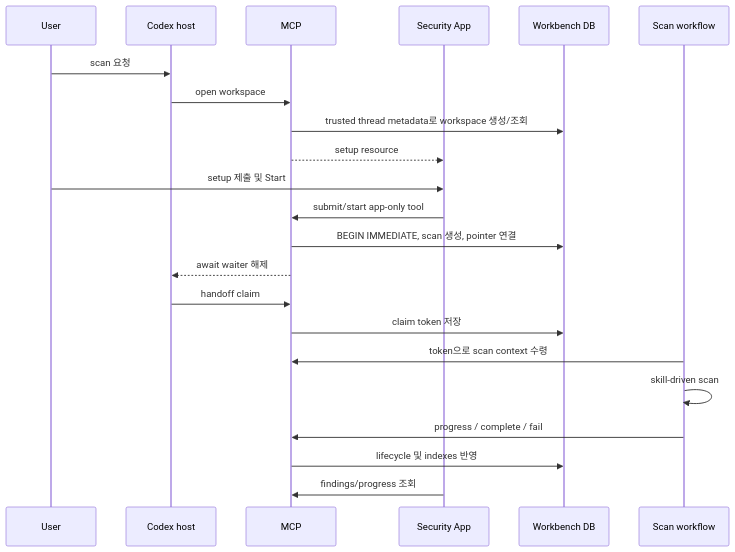
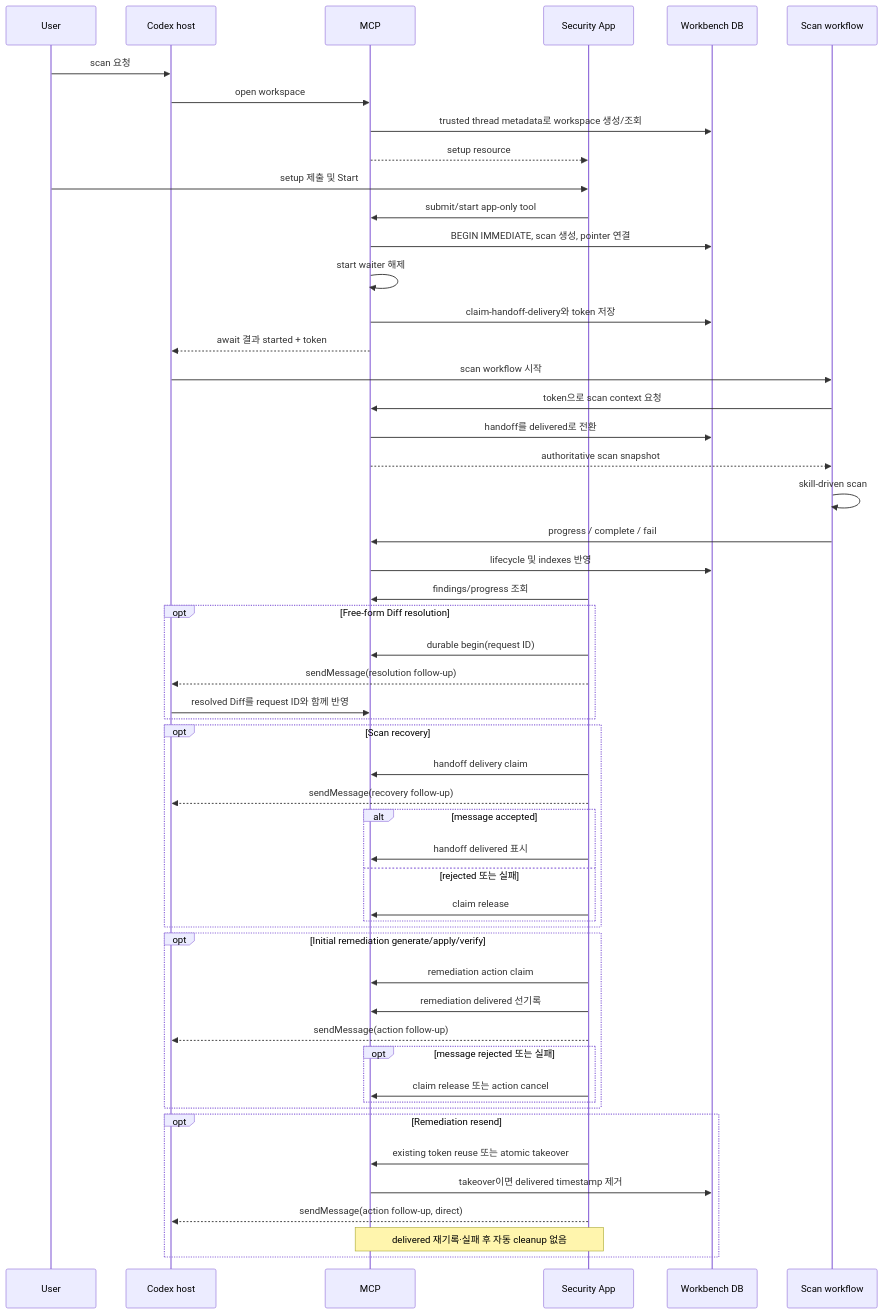
The fourth of 6 diagrams in docs/codex-security-plugin-0.1.11-architecture.md (shblue21/kiro-security), drawn with Mermaid before and after one commit. The commit also changed other lines of this file, not shown here.

````diff
--- a/docs/codex-security-plugin-0.1.11-architecture.md
+++ b/docs/codex-security-plugin-0.1.11-architecture.md
@@ -244,25 +294,56 @@
 ```mermaid
 sequenceDiagram
     participant User
     participant Host as Codex host
     participant MCP
     participant UI as Security App
     participant DB as Workbench DB
     participant Agent as Scan workflow
 
     User->>Host: scan 요청
     Host->>MCP: open workspace
     MCP->>DB: trusted thread metadata로 workspace 생성/조회
     MCP-->>UI: setup resource
     User->>UI: setup 제출 및 Start
     UI->>MCP: submit/start app-only tool
     MCP->>DB: BEGIN IMMEDIATE, scan 생성, pointer 연결
-    MCP-->>Host: await waiter 해제
-    Host->>MCP: handoff claim
-    MCP->>DB: claim token 저장
-    Agent->>MCP: token으로 scan context 수령
+    MCP->>MCP: start waiter 해제
+    MCP->>DB: claim-handoff-delivery와 token 저장
+    MCP-->>Host: await 결과 started + token
+    Host->>Agent: scan workflow 시작
+    Agent->>MCP: token으로 scan context 요청
+    MCP->>DB: handoff를 delivered로 전환
+    MCP-->>Agent: authoritative scan snapshot
     Agent->>Agent: skill-driven scan
     Agent->>MCP: progress / complete / fail
     MCP->>DB: lifecycle 및 indexes 반영
     UI->>MCP: findings/progress 조회
+    opt Free-form Diff resolution
+        UI->>MCP: durable begin(request ID)
+        UI-->>Host: sendMessage(resolution follow-up)
+        Host->>MCP: resolved Diff를 request ID와 함께 반영
+    end
+    opt Scan recovery
+        UI->>MCP: handoff delivery claim
+        UI-->>Host: sendMessage(recovery follow-up)
+        alt message accepted
+            UI->>MCP: handoff delivered 표시
+        else rejected 또는 실패
+            UI->>MCP: claim release
+        end
+    end
+    opt Initial remediation generate/apply/verify
+        UI->>MCP: remediation action claim
+        UI->>MCP: remediation delivered 선기록
+        UI-->>Host: sendMessage(action follow-up)
+        opt message rejected 또는 실패
+            UI->>MCP: claim release 또는 action cancel
+        end
+    end
+    opt Remediation resend
+        UI->>MCP: existing token reuse 또는 atomic takeover
+        MCP->>DB: takeover이면 delivered timestamp 제거
+        UI-->>Host: sendMessage(action follow-up, direct)
+        Note over UI,MCP: delivered 재기록·실패 후 자동 cleanup 없음
+    end
 ```
````
